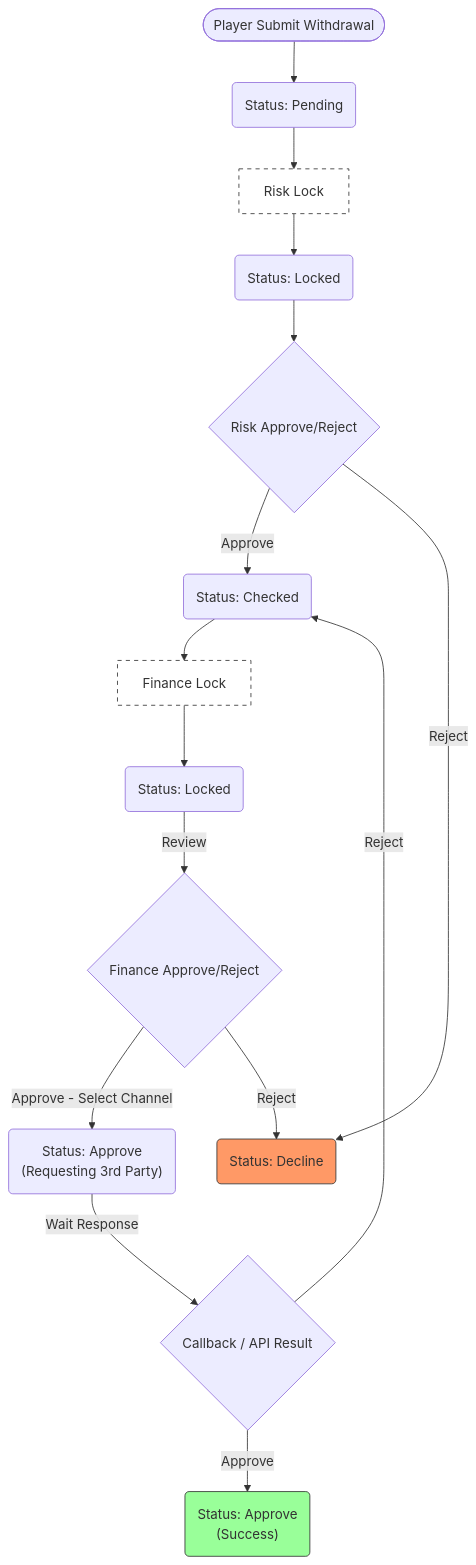
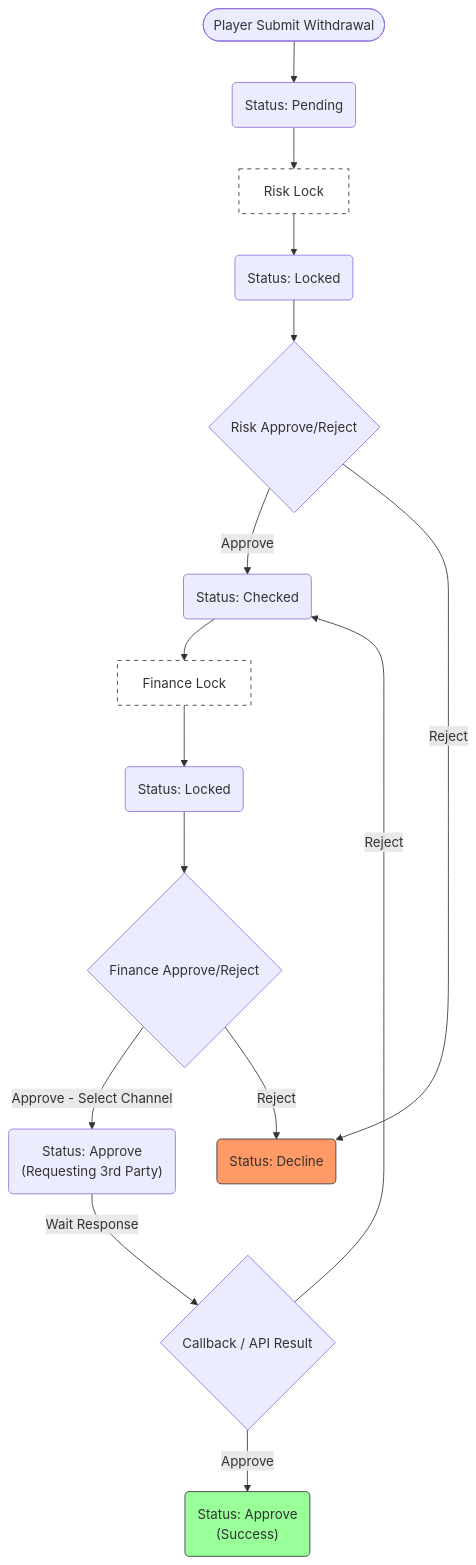
One commit to almightyken0425/SuSuGiGiSpec changed the first of 2 diagrams in no99_archive/sitflowchart.md. Above: the diagram before and after it, drawn with Mermaid.

````diff
--- a/no99_archive/sitflowchart.md
+++ b/no99_archive/sitflowchart.md
@@ -29,50 +29,50 @@
 ```mermaid
 graph TD
     %% 節點定義
     Start(["Player Submit Withdrawal"])
     Pending("Status: Pending")
     
     RiskLockActionBox["Risk Lock"]
     RiskLock("Status: Locked")
     
     RiskAction{"Risk Approve/Reject"}
     Checked("Status: Checked")
     
     FinanceLockActionBox["Finance Lock"]
     FinanceLock("Status: Locked")
     
     FinanceAction{"Finance Approve/Reject"}
     ApproveReq("Status: Approve<br/>(Requesting 3rd Party)")
     Decline("Status: Decline")
     Success("Status: Approve<br/>(Success)")
     Callback{"Callback / API Result"}
 
     Start --> Pending
     
     Pending --> RiskLockActionBox
     RiskLockActionBox --> RiskLock
     
     RiskLock --> RiskAction
     
     RiskAction -->|"Approve"| Checked
     
     Checked --> FinanceLockActionBox
     FinanceLockActionBox --> FinanceLock
     
-    FinanceLock -->|"Review"| FinanceAction
+    FinanceLock --> FinanceAction
     
     FinanceAction -->|"Approve - Select Channel"| ApproveReq
 
     RiskAction -->|"Reject"| Decline
     FinanceAction -->|"Reject"| Decline
     
     ApproveReq -->|"Wait Response"| Callback
 
     Callback -->|"Approve"| Success
     Callback -->|"Reject"| Checked
 
     style Decline fill:#f96,stroke:#333
     style Success fill:#9f9,stroke:#333
     style RiskLockActionBox fill:#fff,stroke:#333,stroke-dasharray: 5 5
     style FinanceLockActionBox fill:#fff,stroke:#333,stroke-dasharray: 5 5
 ```
````
